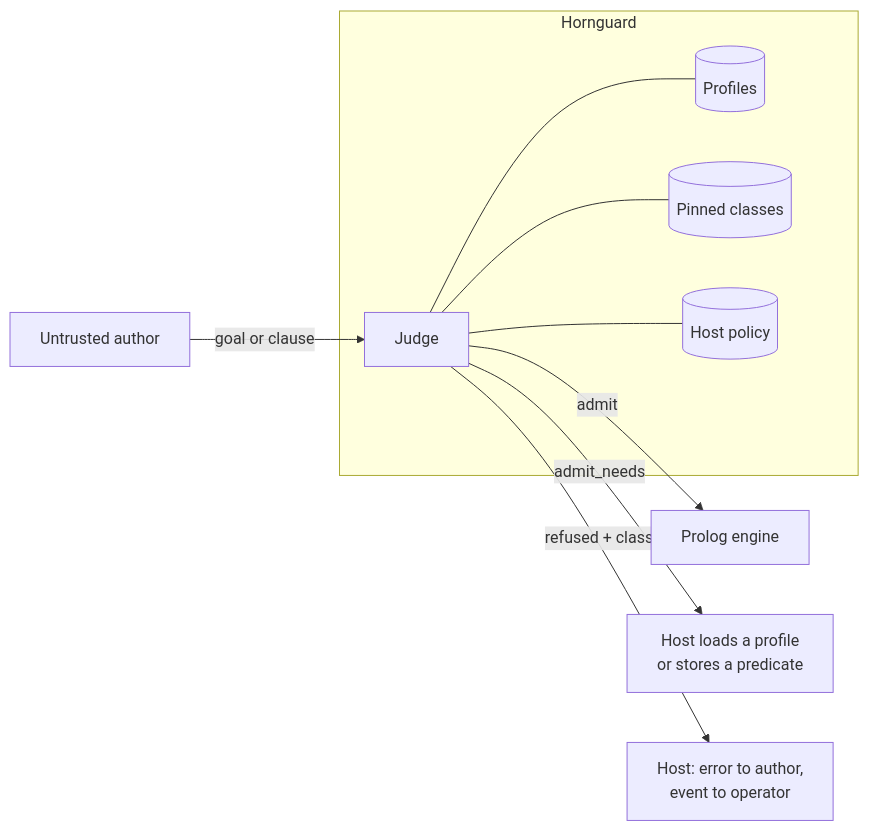
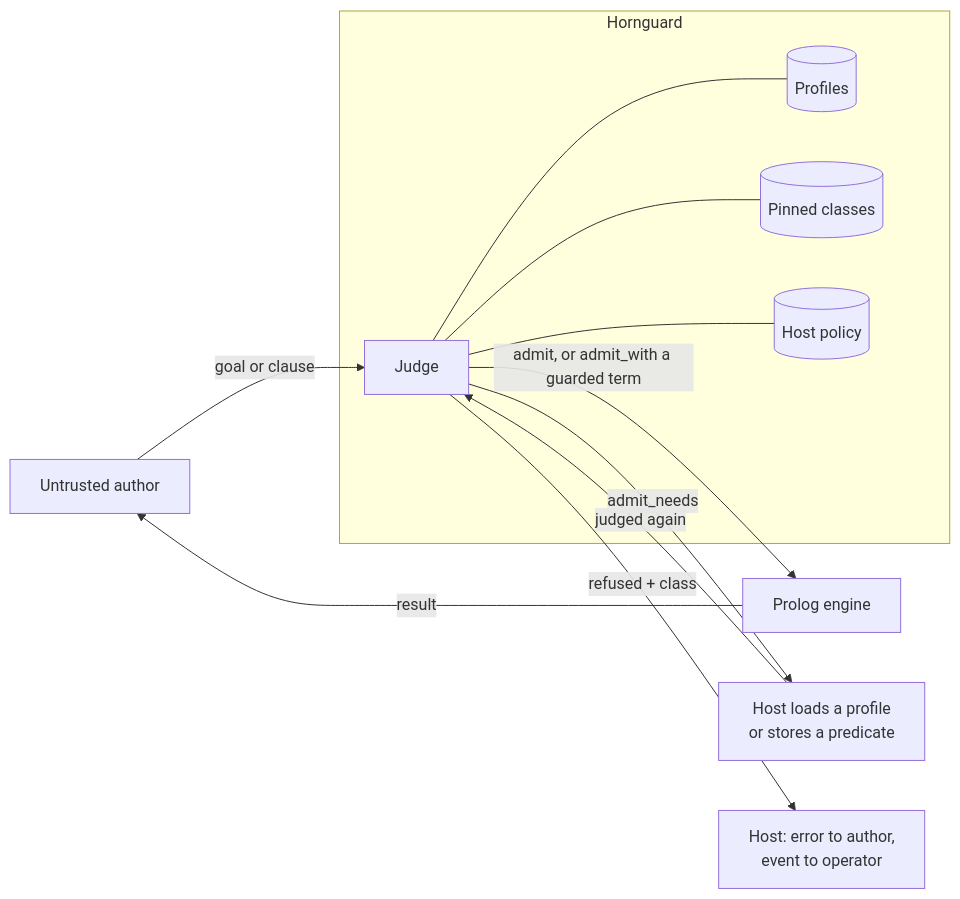
Before and after one commit to DataGrout/hornguard: the diagram in README.md, drawn with Mermaid.

Commit message:
README: the diagram closes its loops
The engine's result goes back to the author, and a satisfied need goes
back to the judge; the fourth verdict, admit_with, is on the arrow to
the engine rather than absent.

````diff
--- a/README.md
+++ b/README.md
@@ -17,12 +17,14 @@
 ```mermaid
 flowchart LR
     A[Untrusted author] -->|goal or clause| J
     subgraph Hornguard
         J[Judge] --- P[(Profiles)]
         J --- K[(Pinned classes)]
         J --- H[(Host policy)]
     end
-    J -->|admit| E[Prolog engine]
+    J -->|admit, or admit_with a guarded term| E[Prolog engine]
+    E -->|result| A
     J -->|admit_needs| N[Host loads a profile<br/>or stores a predicate]
+    N -->|judged again| J
     J -->|refused + class| R[Host: error to author,<br/>event to operator]
 ```
````
